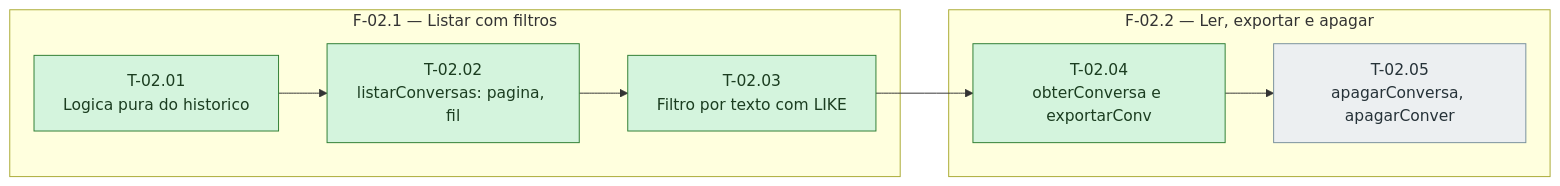
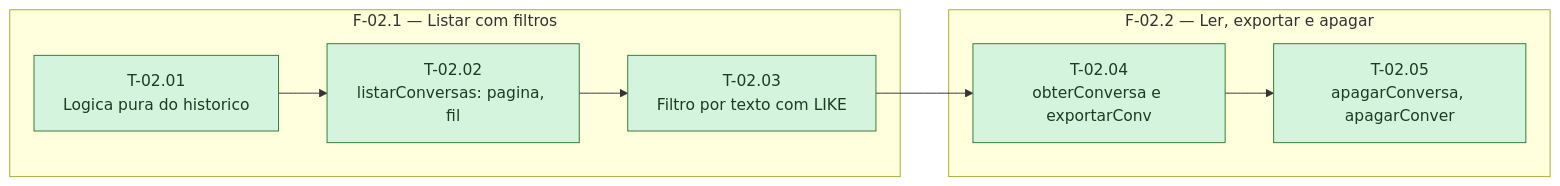
The diagram in docs/historico-de-conversas/sprint-02/fases.md (bittencourtthulio/converse-chatbot), drawn with Mermaid before and after one commit. The commit also changed 3 other files, not shown here.

````diff
--- a/docs/historico-de-conversas/sprint-02/fases.md
+++ b/docs/historico-de-conversas/sprint-02/fases.md
@@ -31,29 +31,29 @@
 ```mermaid
 %% Grafo de tasks — sprint-02 — gerado pela sprintx a partir de tasks.md
 flowchart LR
   subgraph fase_02_1["F-02.1 — Listar com filtros"]
     T_02_01["T-02.01<br/>Logica pura do historico"]
     T_02_02["T-02.02<br/>listarConversas: pagina, fil"]
     T_02_03["T-02.03<br/>Filtro por texto com LIKE"]
   end
   subgraph fase_02_2["F-02.2 — Ler, exportar e apagar"]
     T_02_04["T-02.04<br/>obterConversa e exportarConv"]
     T_02_05["T-02.05<br/>apagarConversa, apagarConver"]
   end
   T_02_01 --> T_02_02
   T_02_02 --> T_02_03
   T_02_03 --> T_02_04
   T_02_04 --> T_02_05
 
   classDef concluida fill:#d4f4dd,stroke:#2e7d32,color:#1b3d20
   classDef andamento fill:#fff3cd,stroke:#b8860b,color:#4a3800
   classDef bloqueada fill:#f8d7da,stroke:#c62828,color:#4a1d1f
   classDef pendente  fill:#eceff1,stroke:#78909c,color:#263238
   classDef critico   stroke-width:3px
 
   class T_02_01 concluida
   class T_02_02 concluida
   class T_02_03 concluida
   class T_02_04 concluida
-  class T_02_05 pendente
+  class T_02_05 concluida
 ```
````
